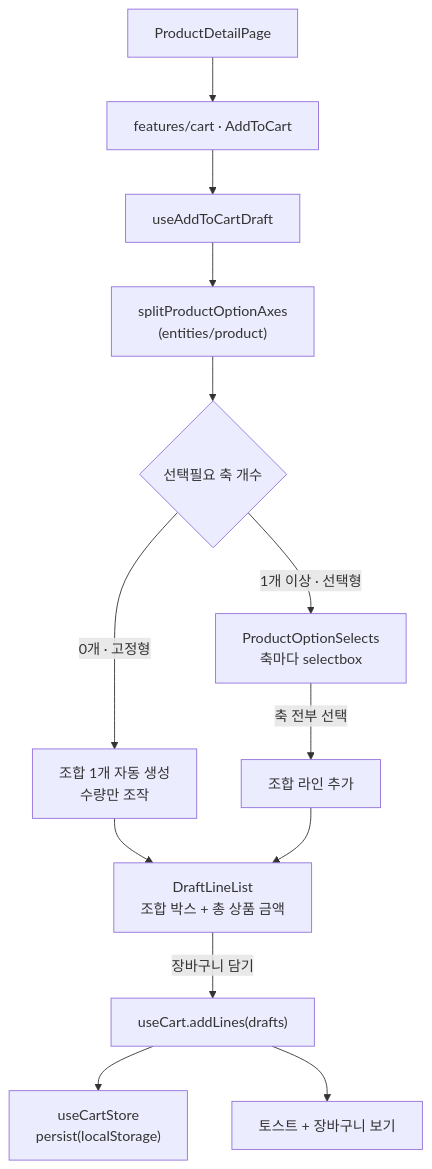
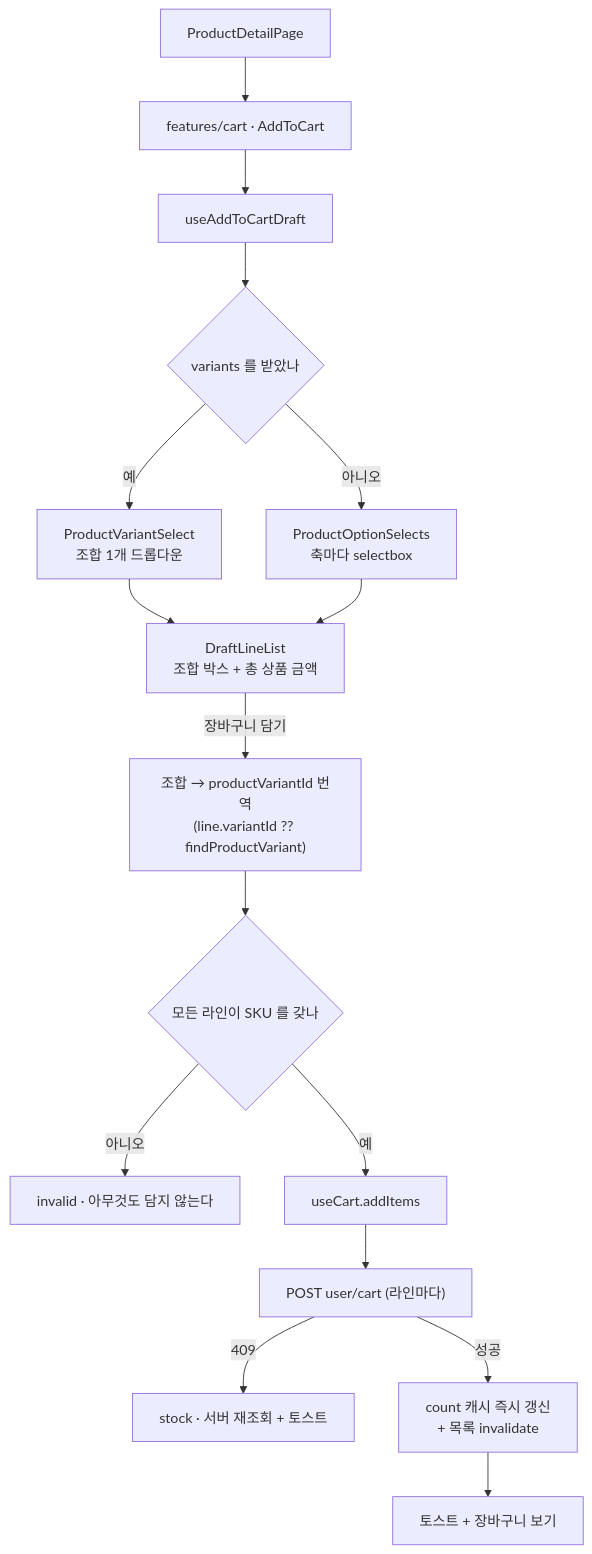
One commit to SeoulMomentTech/seoul-moment-fe changed the first of 2 diagrams in apps/web/docs/cart.md. Above: the diagram before and after it, drawn with Mermaid. The commit also changed other lines of this file and 42 other files, not shown here.

````diff
--- a/apps/web/docs/cart.md
+++ b/apps/web/docs/cart.md
@@ -61,15 +64,18 @@
 ```mermaid
 flowchart TD
   A["ProductDetailPage"] --> B["features/cart · AddToCart"]
   B --> C["useAddToCartDraft"]
-  C --> D["splitProductOptionAxes<br/>(entities/product)"]
-  D --> E{"선택필요 축 개수"}
-  E -->|"1개 이상 · 선택형"| F["ProductOptionSelects<br/>축마다 selectbox"]
-  E -->|"0개 · 고정형"| G["조합 1개 자동 생성<br/>수량만 조작"]
-  F -->|"축 전부 선택"| H["조합 라인 추가"]
-  G --> I["DraftLineList<br/>조합 박스 + 총 상품 금액"]
-  H --> I
-  I -->|"장바구니 담기"| J["useCart.addLines(drafts)"]
-  J --> K["useCartStore<br/>persist(localStorage)"]
-  J --> L["토스트 + 장바구니 보기"]
+  C --> D{"variants 를 받았나"}
+  D -->|"예"| E["ProductVariantSelect<br/>조합 1개 드롭다운"]
+  D -->|"아니오"| F["ProductOptionSelects<br/>축마다 selectbox"]
+  E --> G["DraftLineList<br/>조합 박스 + 총 상품 금액"]
+  F --> G
+  G -->|"장바구니 담기"| H["조합 → productVariantId 번역<br/>(line.variantId ?? findProductVariant)"]
+  H --> I{"모든 라인이 SKU 를 갖나"}
+  I -->|"아니오"| J["invalid · 아무것도 담지 않는다"]
+  I -->|"예"| K["useCart.addItems"]
+  K --> L["POST user/cart (라인마다)"]
+  L -->|"409"| M["stock · 서버 재조회 + 토스트"]
+  L -->|"성공"| N["count 캐시 즉시 갱신<br/>+ 목록 invalidate"]
+  N --> O["토스트 + 장바구니 보기"]
 ```
````
